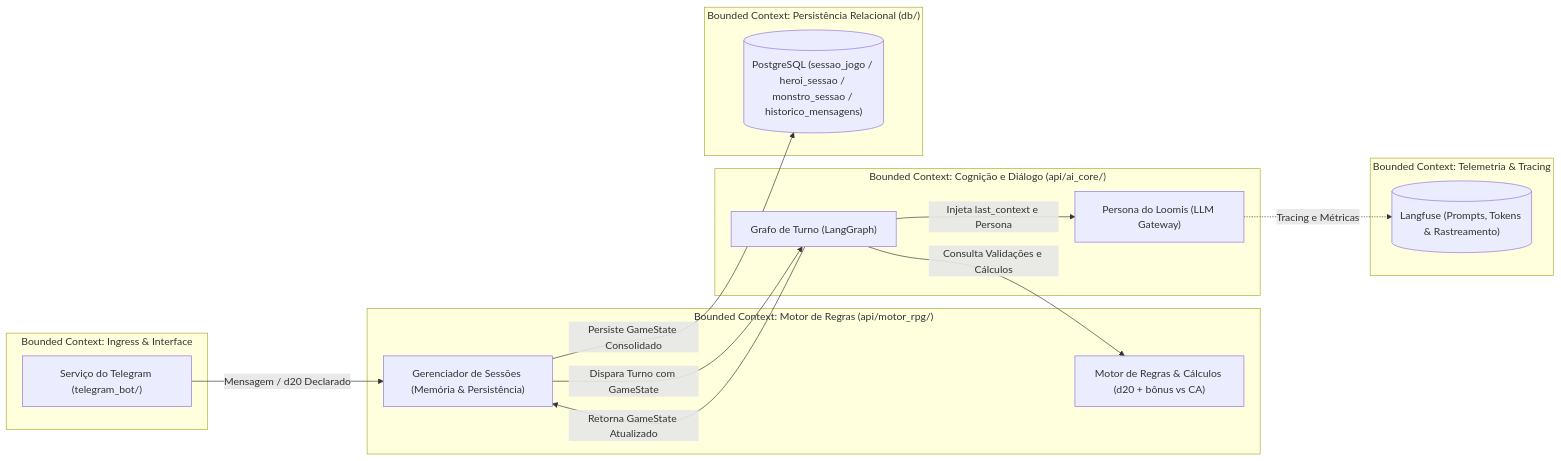
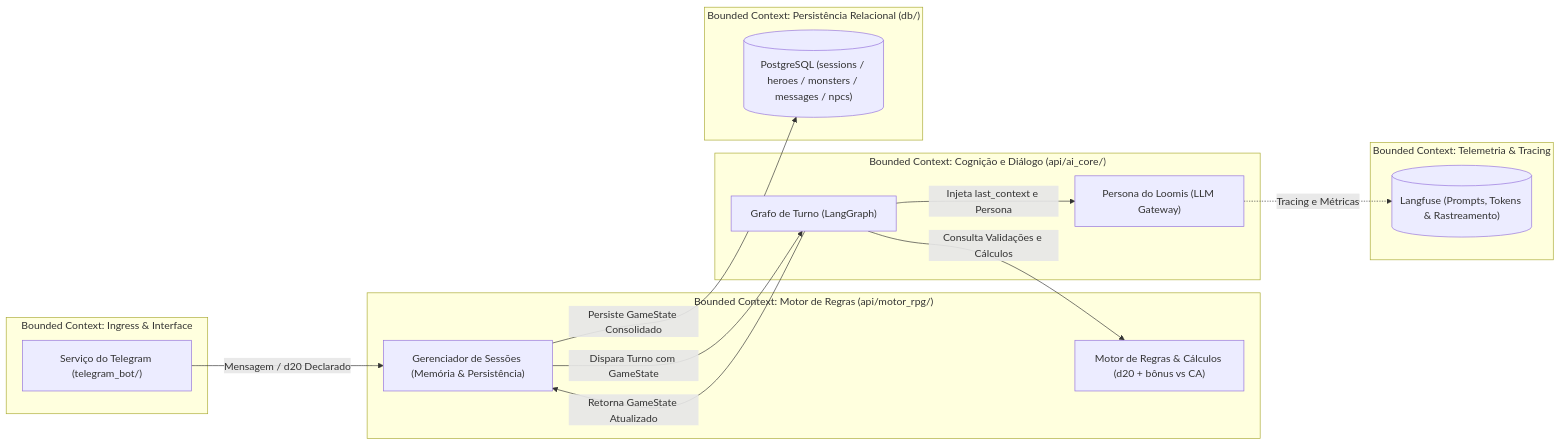
One commit to gradprojetos/ai-npc changed the first of 5 diagrams in docs/architecture.md. Above: the diagram before and after it, drawn with Mermaid. The commit also changed other lines of this file and 7 other files, not shown here.

````diff
--- a/docs/architecture.md
+++ b/docs/architecture.md
@@ -11,32 +11,32 @@
 ```mermaid
 flowchart LR
     subgraph BC_Telegram["Bounded Context: Ingress & Interface"]
         TelegramBot["Serviço do Telegram (telegram_bot/)"]
     end
 
     subgraph BC_MotorRPG["Bounded Context: Motor de Regras (api/motor_rpg/)"]
         RulesEngine["Motor de Regras & Cálculos (d20 + bônus vs CA)"]
         SessionMgr["Gerenciador de Sessões (Memória & Persistência)"]
     end
 
     subgraph BC_Cognitivo["Bounded Context: Cognição e Diálogo (api/ai_core/)"]
         TurnGraph["Grafo de Turno (LangGraph)"]
         LoomisNPC["Persona do Loomis (LLM Gateway)"]
     end
 
     subgraph BC_Observabilidade["Bounded Context: Telemetria & Tracing"]
         Langfuse[("Langfuse (Prompts, Tokens & Rastreamento)")]
     end
 
     subgraph BC_Persistencia["Bounded Context: Persistência Relacional (db/)"]
-        PostgreSQL[("PostgreSQL (sessao_jogo / heroi_sessao / monstro_sessao / historico_mensagens)")]
+        PostgreSQL[("PostgreSQL (sessions / heroes / monsters / messages / npcs)")]
     end
 
     TelegramBot -->|Mensagem / d20 Declarado| SessionMgr
     SessionMgr -->|Dispara Turno com GameState| TurnGraph
     TurnGraph -->|Consulta Validações e Cálculos| RulesEngine
     TurnGraph -->|Injeta last_context e Persona| LoomisNPC
     LoomisNPC -.->|Tracing e Métricas| Langfuse
     TurnGraph -->|Retorna GameState Atualizado| SessionMgr
     SessionMgr -->|Persiste GameState Consolidado| PostgreSQL
 ```
````
